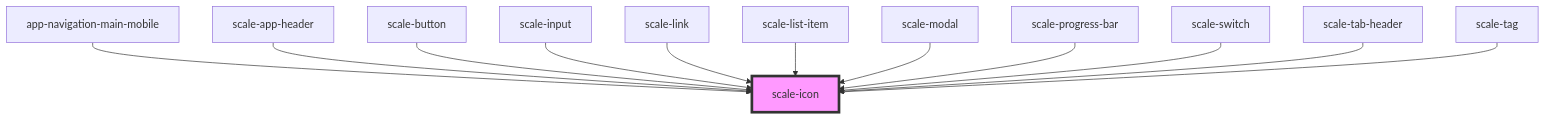
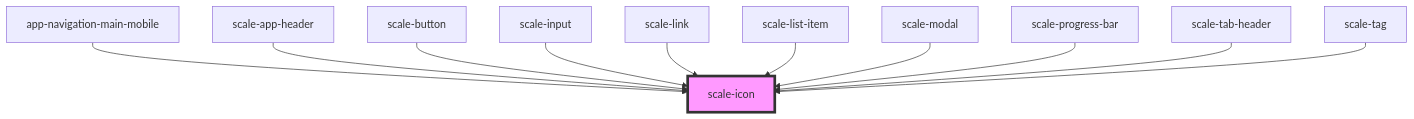
One commit to gaurishkamat/scale changed the diagram in packages/components/src/components/icon/readme.md. Above: the diagram before and after it, drawn with Mermaid. The commit also changed other lines of this file and 6 other files, not shown here.

````diff
--- a/packages/components/src/components/icon/readme.md
+++ b/packages/components/src/components/icon/readme.md
@@ -39,15 +38,14 @@
 ```mermaid
 graph TD;
   app-navigation-main-mobile --> scale-icon
   scale-app-header --> scale-icon
   scale-button --> scale-icon
   scale-input --> scale-icon
   scale-link --> scale-icon
   scale-list-item --> scale-icon
   scale-modal --> scale-icon
   scale-progress-bar --> scale-icon
-  scale-switch --> scale-icon
   scale-tab-header --> scale-icon
   scale-tag --> scale-icon
   style scale-icon fill:#f9f,stroke:#333,stroke-width:4px
 ```
````
